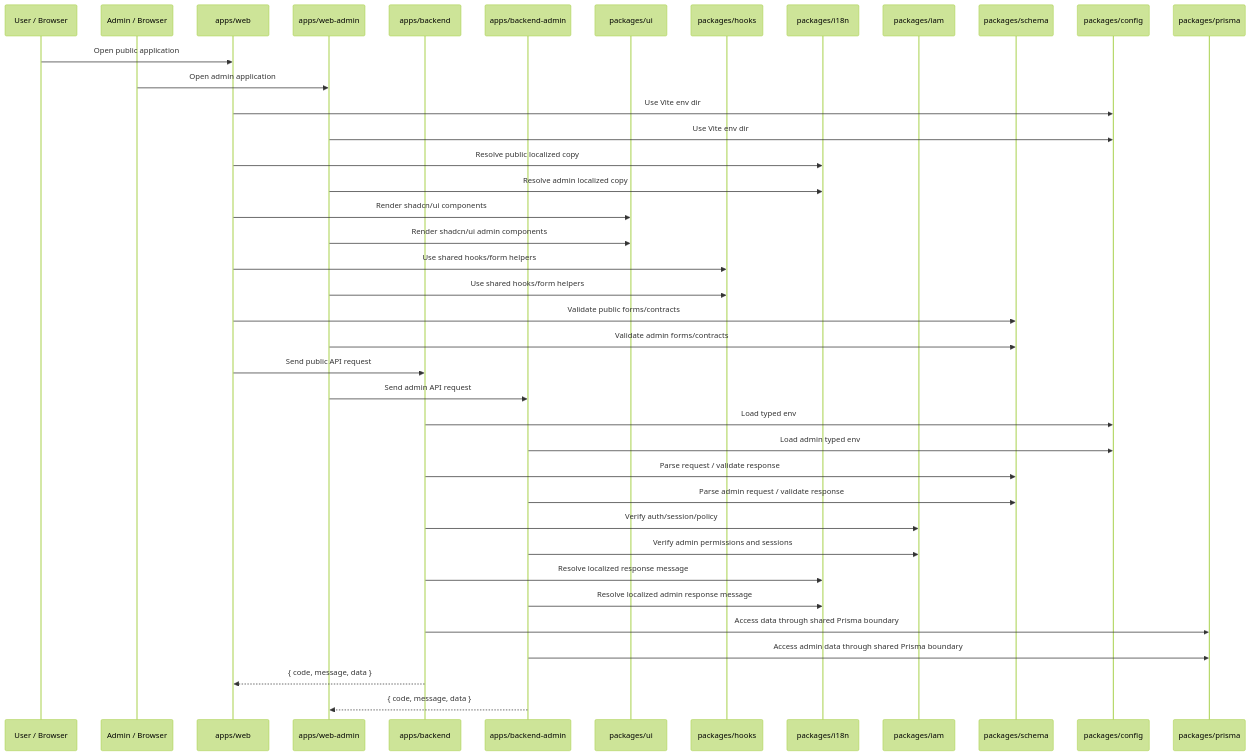
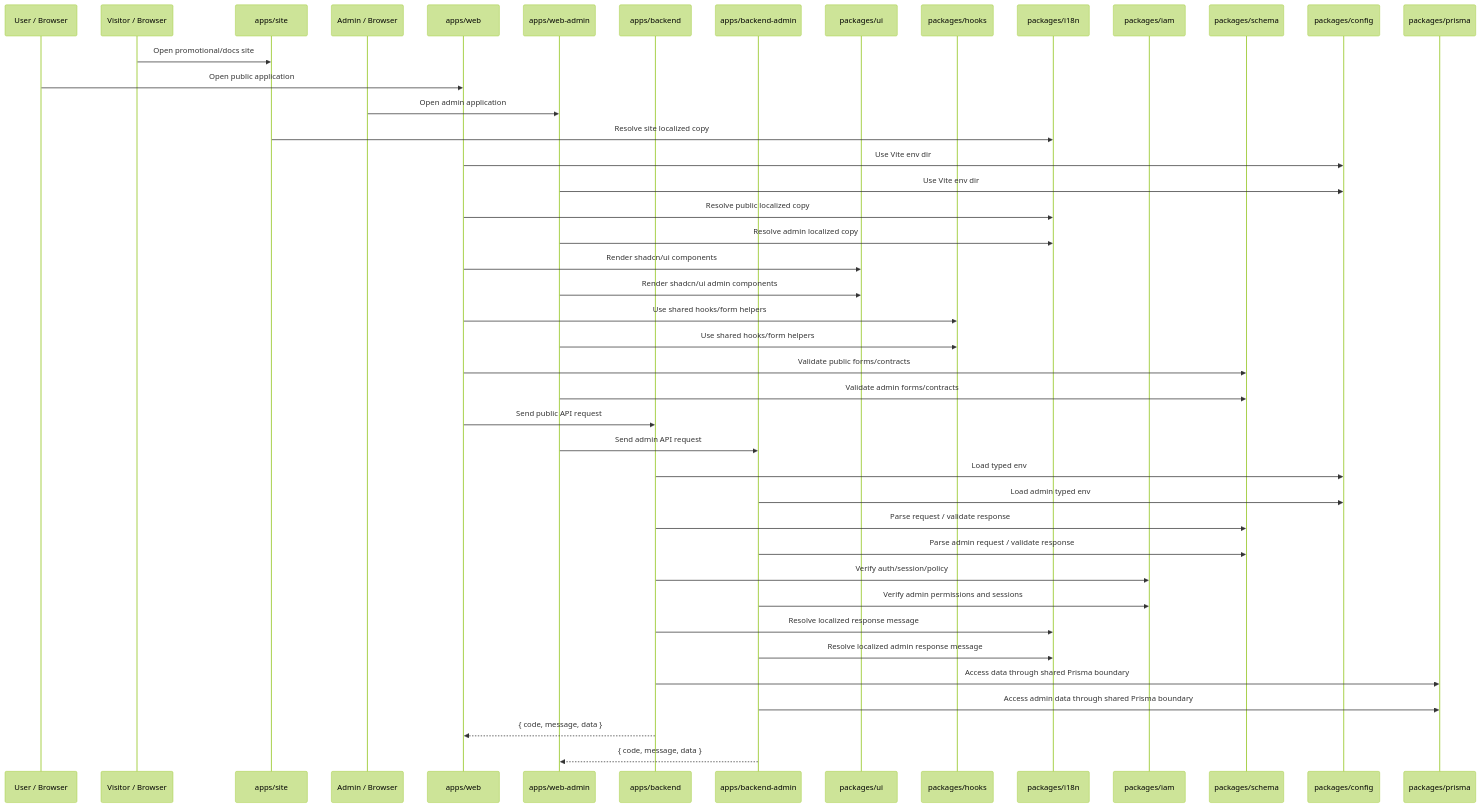
The diagram in docs/Logical Architecture Diagram/00-system-overview.md (tetap/tetap-agent-template), drawn with Mermaid (forest theme) before and after one commit. The commit also changed other lines of this file and 36 other files, not shown here.

Commit message:
feat: add vitepress promotional site

````diff
--- a/docs/Logical Architecture Diagram/00-system-overview.md
+++ b/docs/Logical Architecture Diagram/00-system-overview.md
@@ -21,43 +21,47 @@
 ```mermaid
 sequenceDiagram
   participant User as User / Browser
+  participant Visitor as Visitor / Browser
+  participant Site as apps/site
   participant AdminUser as Admin / Browser
   participant Web as apps/web
   participant WebAdmin as apps/web-admin
   participant Backend as apps/backend
   participant Admin as apps/backend-admin
   participant UI as packages/ui
   participant Hooks as packages/hooks
   participant I18n as packages/i18n
   participant IAM as packages/iam
   participant Schema as packages/schema
   participant Config as packages/config
   participant Prisma as packages/prisma
 
+  Visitor->>Site: Open promotional/docs site
   User->>Web: Open public application
   AdminUser->>WebAdmin: Open admin application
+  Site->>I18n: Resolve site localized copy
   Web->>Config: Use Vite env dir
   WebAdmin->>Config: Use Vite env dir
   Web->>I18n: Resolve public localized copy
   WebAdmin->>I18n: Resolve admin localized copy
   Web->>UI: Render shadcn/ui components
   WebAdmin->>UI: Render shadcn/ui admin components
   Web->>Hooks: Use shared hooks/form helpers
   WebAdmin->>Hooks: Use shared hooks/form helpers
   Web->>Schema: Validate public forms/contracts
   WebAdmin->>Schema: Validate admin forms/contracts
   Web->>Backend: Send public API request
   WebAdmin->>Admin: Send admin API request
   Backend->>Config: Load typed env
   Admin->>Config: Load admin typed env
   Backend->>Schema: Parse request / validate response
   Admin->>Schema: Parse admin request / validate response
   Backend->>IAM: Verify auth/session/policy
   Admin->>IAM: Verify admin permissions and sessions
   Backend->>I18n: Resolve localized response message
   Admin->>I18n: Resolve localized admin response message
   Backend->>Prisma: Access data through shared Prisma boundary
   Admin->>Prisma: Access admin data through shared Prisma boundary
   Backend-->>Web: { code, message, data }
   Admin-->>WebAdmin: { code, message, data }
 ```
````
